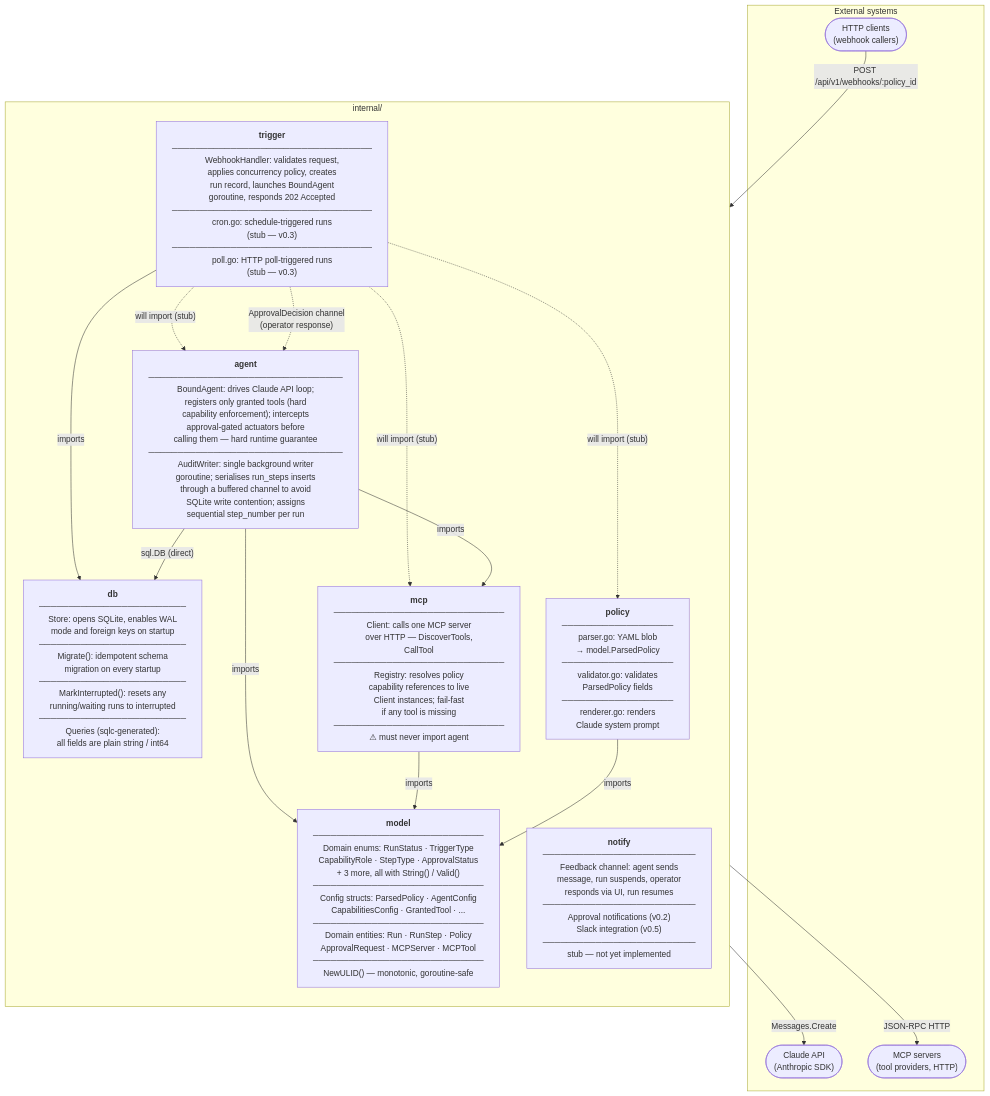
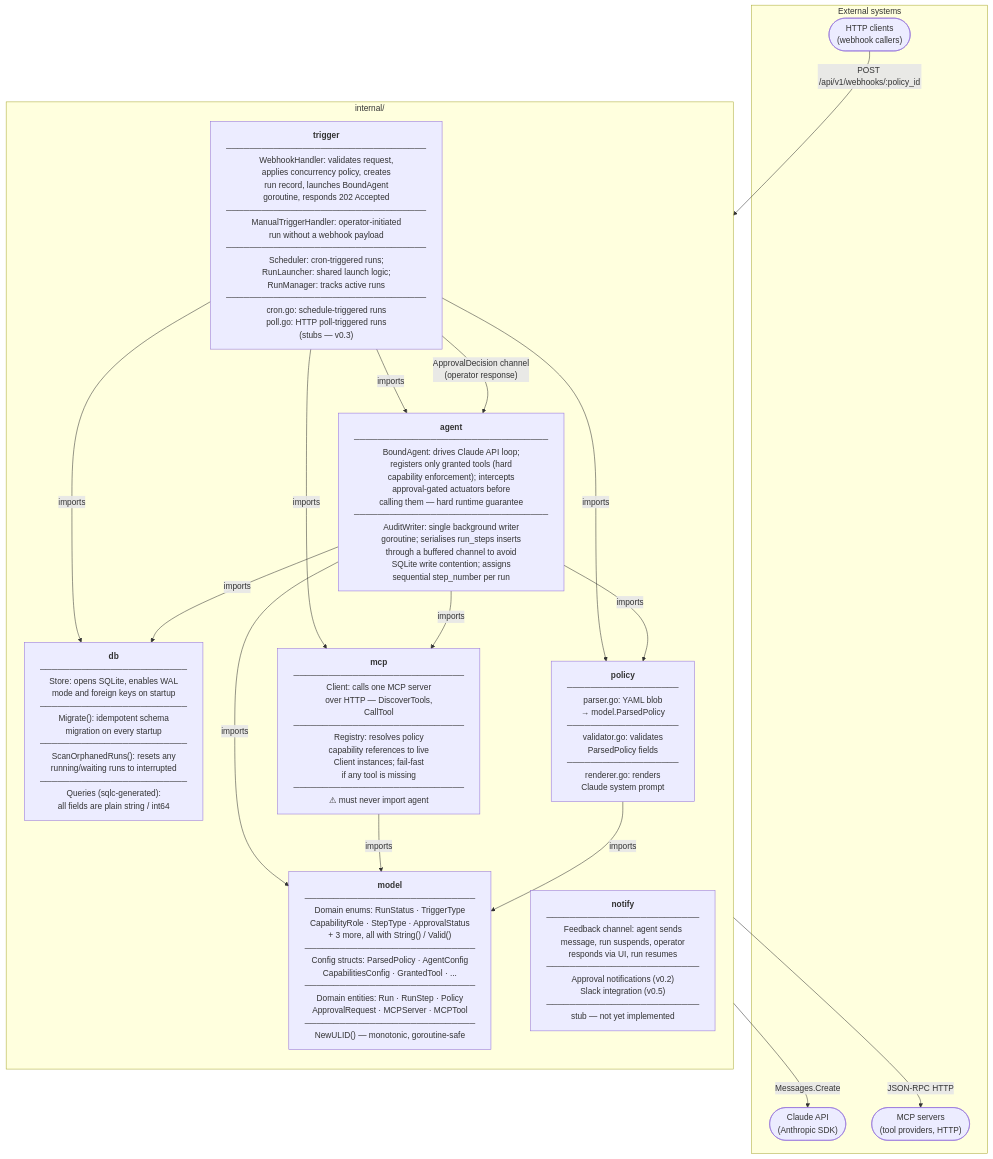
One commit to Felag-Engineering/gleipnir changed the first of 2 diagrams in docs/architecture.md. Above: the diagram before and after it, drawn with Mermaid. The commit also changed other lines of this file and 3 other files, not shown here.

````diff
--- a/docs/architecture.md
+++ b/docs/architecture.md
@@ -7,51 +7,52 @@
 ```mermaid
 graph TD
     subgraph ext["External systems"]
         HTTP(["HTTP clients\n(webhook callers)"])
         CLAUDE(["Claude API\n(Anthropic SDK)"])
         MCPEXT(["MCP servers\n(tool providers, HTTP)"])
     end
 
     subgraph pkgs["internal/"]
         direction TB
 
         MODEL["<b>model</b><br/>─────────────────────────────<br/>Domain enums: RunStatus · TriggerType<br/>CapabilityRole · StepType · ApprovalStatus<br/>+ 3 more, all with String() / Valid()<br/>─────────────────────────────<br/>Config structs: ParsedPolicy · AgentConfig<br/>CapabilitiesConfig · GrantedTool · ...<br/>─────────────────────────────<br/>Domain entities: Run · RunStep · Policy<br/>ApprovalRequest · MCPServer · MCPTool<br/>─────────────────────────────<br/>NewULID() — monotonic, goroutine-safe"]
 
-        DB["<b>db</b><br/>─────────────────────────<br/>Store: opens SQLite, enables WAL<br/>mode and foreign keys on startup<br/>─────────────────────────<br/>Migrate(): idempotent schema<br/>migration on every startup<br/>─────────────────────────<br/>MarkInterrupted(): resets any<br/>running/waiting runs to interrupted<br/>─────────────────────────<br/>Queries (sqlc-generated):<br/>all fields are plain string / int64"]
+        DB["<b>db</b><br/>─────────────────────────<br/>Store: opens SQLite, enables WAL<br/>mode and foreign keys on startup<br/>─────────────────────────<br/>Migrate(): idempotent schema<br/>migration on every startup<br/>─────────────────────────<br/>ScanOrphanedRuns(): resets any<br/>running/waiting runs to interrupted<br/>─────────────────────────<br/>Queries (sqlc-generated):<br/>all fields are plain string / int64"]
 
         POLICY["<b>policy</b><br/>───────────────────<br/>parser.go: YAML blob<br/>→ model.ParsedPolicy<br/>───────────────────<br/>validator.go: validates<br/>ParsedPolicy fields<br/>───────────────────<br/>renderer.go: renders<br/>Claude system prompt"]
 
         MCP["<b>mcp</b><br/>─────────────────────────────<br/>Client: calls one MCP server<br/>over HTTP — DiscoverTools,<br/>CallTool<br/>─────────────────────────────<br/>Registry: resolves policy<br/>capability references to live<br/>Client instances; fail-fast<br/>if any tool is missing<br/>─────────────────────────────<br/>⚠ must never import agent"]
 
         AGENT["<b>agent</b><br/>─────────────────────────────────<br/>BoundAgent: drives Claude API loop;<br/>registers only granted tools (hard<br/>capability enforcement); intercepts<br/>approval-gated actuators before<br/>calling them — hard runtime guarantee<br/>─────────────────────────────────<br/>AuditWriter: single background writer<br/>goroutine; serialises run_steps inserts<br/>through a buffered channel to avoid<br/>SQLite write contention; assigns<br/>sequential step_number per run"]
 
-        TRIGGER["<b>trigger</b><br/>──────────────────────────────────<br/>WebhookHandler: validates request,<br/>applies concurrency policy, creates<br/>run record, launches BoundAgent<br/>goroutine, responds 202 Accepted<br/>──────────────────────────────────<br/>cron.go: schedule-triggered runs<br/>(stub — v0.3)<br/>──────────────────────────────────<br/>poll.go: HTTP poll-triggered runs<br/>(stub — v0.3)"]
+        TRIGGER["<b>trigger</b><br/>──────────────────────────────────<br/>WebhookHandler: validates request,<br/>applies concurrency policy, creates<br/>run record, launches BoundAgent<br/>goroutine, responds 202 Accepted<br/>──────────────────────────────────<br/>ManualTriggerHandler: operator-initiated<br/>run without a webhook payload<br/>──────────────────────────────────<br/>Scheduler: cron-triggered runs;<br/>RunLauncher: shared launch logic;<br/>RunManager: tracks active runs<br/>──────────────────────────────────<br/>cron.go: schedule-triggered runs<br/>poll.go: HTTP poll-triggered runs<br/>(stubs — v0.3)"]
 
         NOTIFY["<b>notify</b><br/>──────────────────────────<br/>Feedback channel: agent sends<br/>message, run suspends, operator<br/>responds via UI, run resumes<br/>──────────────────────────<br/>Approval notifications (v0.2)<br/>Slack integration (v0.5)<br/>──────────────────────────<br/>stub — not yet implemented"]
     end
 
     %% External → trigger
     HTTP -->|"POST /api/v1/webhooks/:policy_id"| TRIGGER
 
     %% trigger → internal
     TRIGGER -->|imports| DB
-    TRIGGER -.->|"will import (stub)"| POLICY
-    TRIGGER -.->|"will import (stub)"| MCP
-    TRIGGER -.->|"will import (stub)"| AGENT
+    TRIGGER -->|imports| POLICY
+    TRIGGER -->|imports| MCP
+    TRIGGER -->|imports| AGENT
 
     %% agent → external + internal
     AGENT -->|"Messages.Create"| CLAUDE
     AGENT -->|imports| MCP
     AGENT -->|imports| MODEL
-    AGENT -->|"sql.DB (direct)"| DB
+    AGENT -->|imports| POLICY
+    AGENT -->|imports| DB
 
     %% mcp → external + model
     MCP -->|"JSON-RPC HTTP"| MCPEXT
     MCP -->|imports| MODEL
 
     %% policy → model
     POLICY -->|imports| MODEL
 
     %% approval flow
-    TRIGGER -.->|"ApprovalDecision channel\n(operator response)"| AGENT
+    TRIGGER -->|"ApprovalDecision channel\n(operator response)"| AGENT
 ```
````
